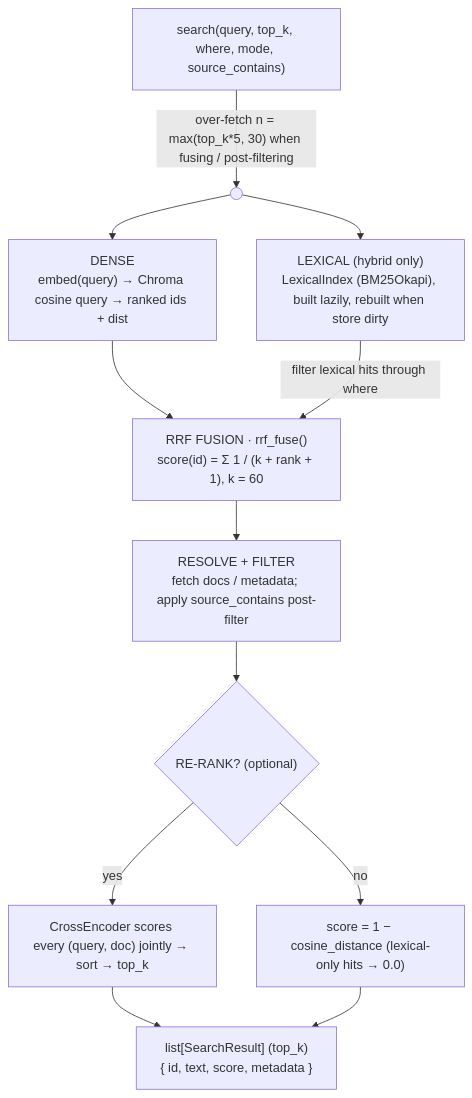
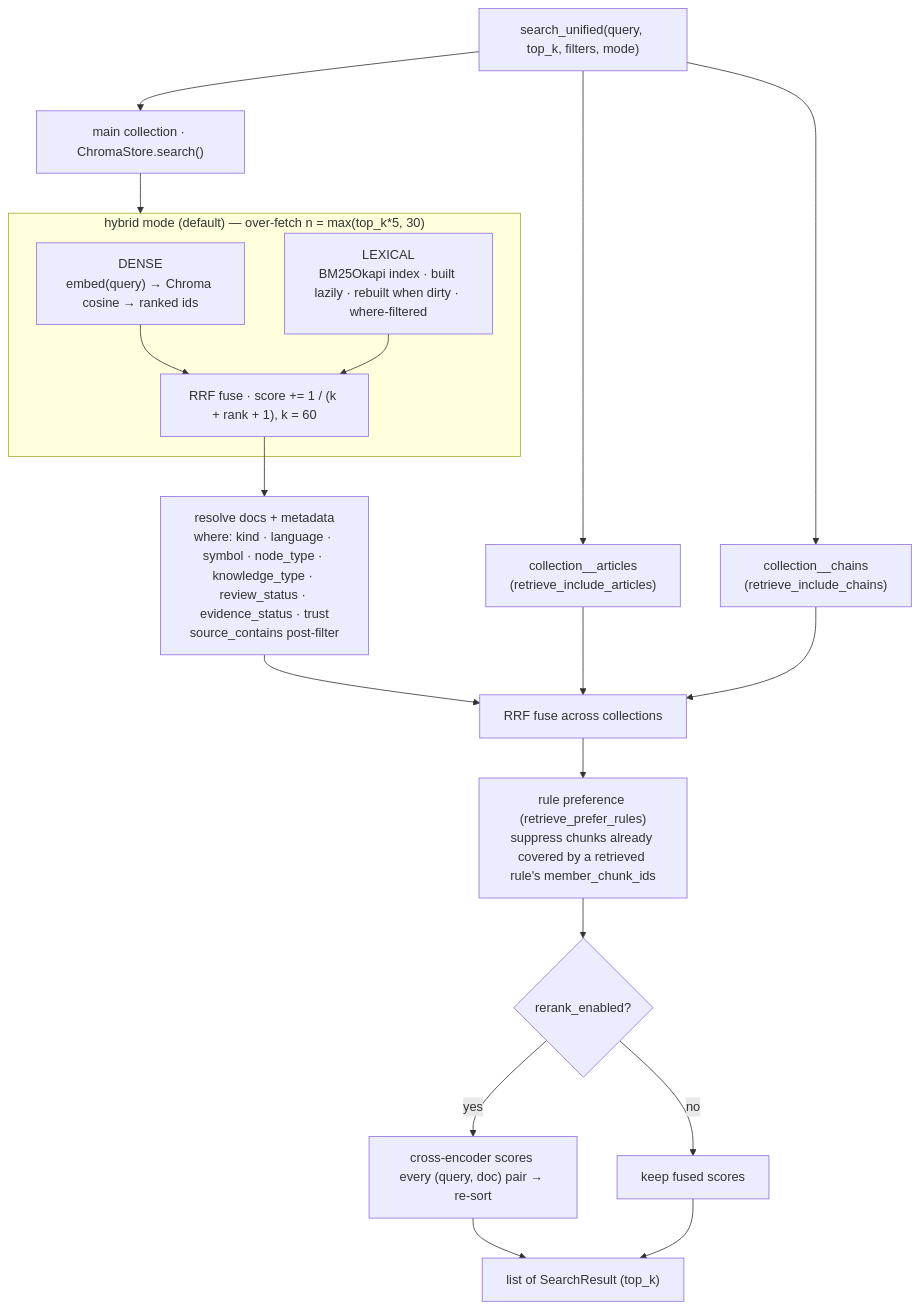
The fourth of 7 diagrams in README.md (b5336789/open-domain-mcp), drawn with Mermaid before and after one commit. The commit also changed other lines of this file, not shown here.

First line of the commit message:
docs: rewrite README for the current platform, redraw all mermaid diagrams

````diff
--- a/README.md
+++ b/README.md
@@ -167,16 +245,24 @@
 ```mermaid
 flowchart TD
-    SEARCH["search(query, top_k, where, mode, source_contains)"]
-    SEARCH -->|"over-fetch n = max(top_k*5, 30) when fusing / post-filtering"| FORK(( ))
-    FORK --> DENSE["DENSE<br/>embed(query) → Chroma cosine query → ranked ids + dist"]
-    FORK --> LEX["LEXICAL (hybrid only)<br/>LexicalIndex (BM25Okapi), built lazily, rebuilt when store dirty"]
-    DENSE --> RRF
-    LEX -->|"filter lexical hits through where"| RRF
-    RRF["RRF FUSION · rrf_fuse()<br/>score(id) = Σ 1 / (k + rank + 1), k = 60"]
-    RRF --> RESOLVE["RESOLVE + FILTER<br/>fetch docs / metadata; apply source_contains post-filter"]
-    RESOLVE --> RERANK{"RE-RANK? (optional)"}
-    RERANK -->|"yes"| RR["CrossEncoder scores every (query, doc) jointly → sort → top_k"]
-    RERANK -->|"no"| COS["score = 1 − cosine_distance (lexical-only hits → 0.0)"]
-    RR --> OUT["list[SearchResult] (top_k)<br/>{ id, text, score, metadata }"]
-    COS --> OUT
+    Q["search_unified(query, top_k, filters, mode)"]
+    Q --> MAIN["main collection · ChromaStore.search()"]
+    subgraph HYBRID["hybrid mode (default) — over-fetch n = max(top_k*5, 30)"]
+        DENSE["DENSE<br/>embed(query) → Chroma cosine → ranked ids"]
+        LEX["LEXICAL<br/>BM25Okapi index · built lazily · rebuilt when dirty · where-filtered"]
+        DENSE --> RRF1["RRF fuse · score += 1 / (k + rank + 1), k = 60"]
+        LEX --> RRF1
+    end
+    MAIN --> HYBRID
+    RRF1 --> FILT["resolve docs + metadata<br/>where: kind · language · symbol · node_type · knowledge_type · review_status · evidence_status · trust<br/>source_contains post-filter"]
+    Q --> ART["collection__articles<br/>(retrieve_include_articles)"]
+    Q --> CHN["collection__chains<br/>(retrieve_include_chains)"]
+    FILT --> RRF2["RRF fuse across collections"]
+    ART --> RRF2
+    CHN --> RRF2
+    RRF2 --> RULES["rule preference (retrieve_prefer_rules)<br/>suppress chunks already covered by a retrieved rule's member_chunk_ids"]
+    RULES --> RERANK{"rerank_enabled?"}
+    RERANK -->|"yes"| CE["cross-encoder scores every (query, doc) pair → re-sort"]
+    RERANK -->|"no"| PASS["keep fused scores"]
+    CE --> OUT["list of SearchResult (top_k)"]
+    PASS --> OUT
 ```
````
